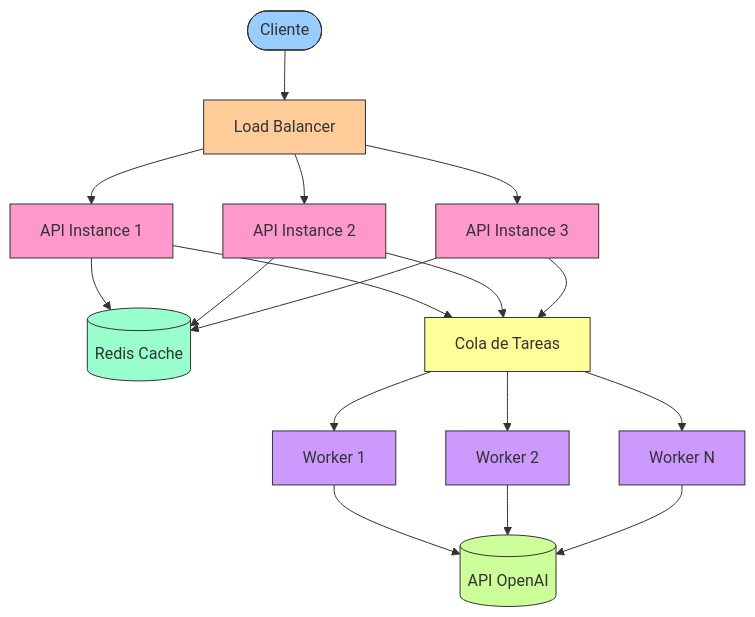
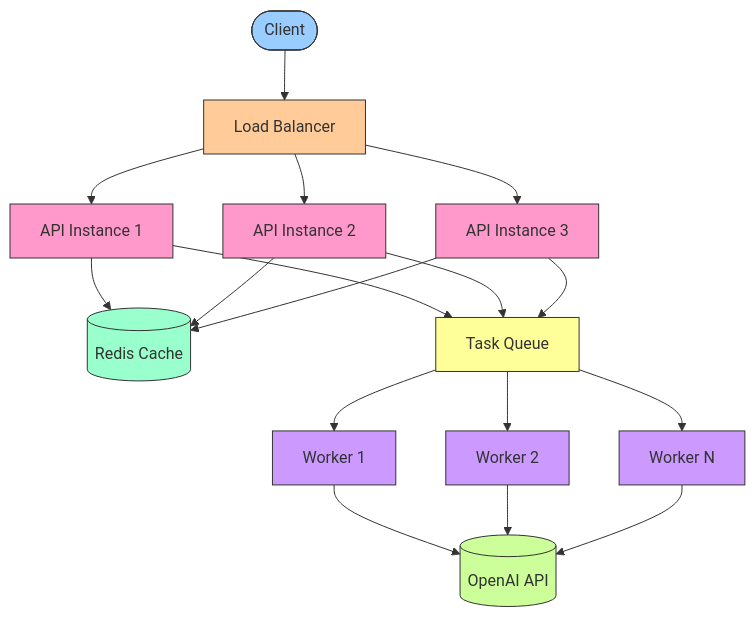
Before and after one commit to asanchezyali/backend-typescript-express-template: the third of 3 diagrams in README.md, drawn with Mermaid. The commit also changed other lines of this file, not shown here.

````diff
--- a/README.md
+++ b/README.md
@@ -722,35 +435,35 @@
 ```mermaid
 graph TD
-    Client([Cliente]) --> LB[Load Balancer]
+    Client([Client]) --> LB[Load Balancer]
     LB --> API1[API Instance 1]
     LB --> API2[API Instance 2]
     LB --> API3[API Instance 3]
     
     API1 --> Cache[(Redis Cache)]
     API2 --> Cache
     API3 --> Cache
     
-    API1 --> Queue[Cola de Tareas]
+    API1 --> Queue[Task Queue]
     API2 --> Queue
     API3 --> Queue
     
     Queue --> Worker1[Worker 1]
     Queue --> Worker2[Worker 2]
     Queue --> WorkerN[Worker N]
     
-    Worker1 --> OpenAI[(API OpenAI)]
+    Worker1 --> OpenAI[(OpenAI API)]
     Worker2 --> OpenAI
     WorkerN --> OpenAI
     
     style Client fill:#9cf,stroke:#333
     style LB fill:#fc9,stroke:#333
     style API1 fill:#f9c,stroke:#333
     style API2 fill:#f9c,stroke:#333
     style API3 fill:#f9c,stroke:#333
     style Cache fill:#9fc,stroke:#333
     style Queue fill:#ff9,stroke:#333
     style Worker1 fill:#c9f,stroke:#333
     style Worker2 fill:#c9f,stroke:#333
     style WorkerN fill:#c9f,stroke:#333
     style OpenAI fill:#cf9,stroke:#333
 ```
````
